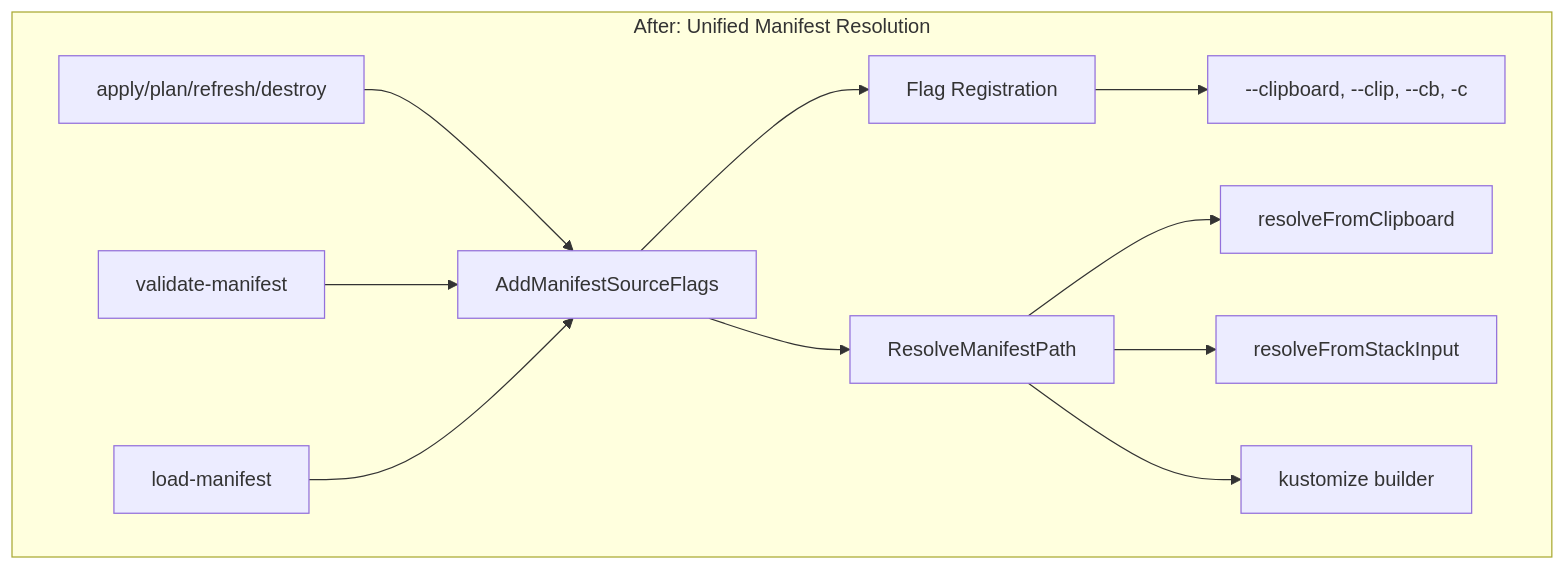
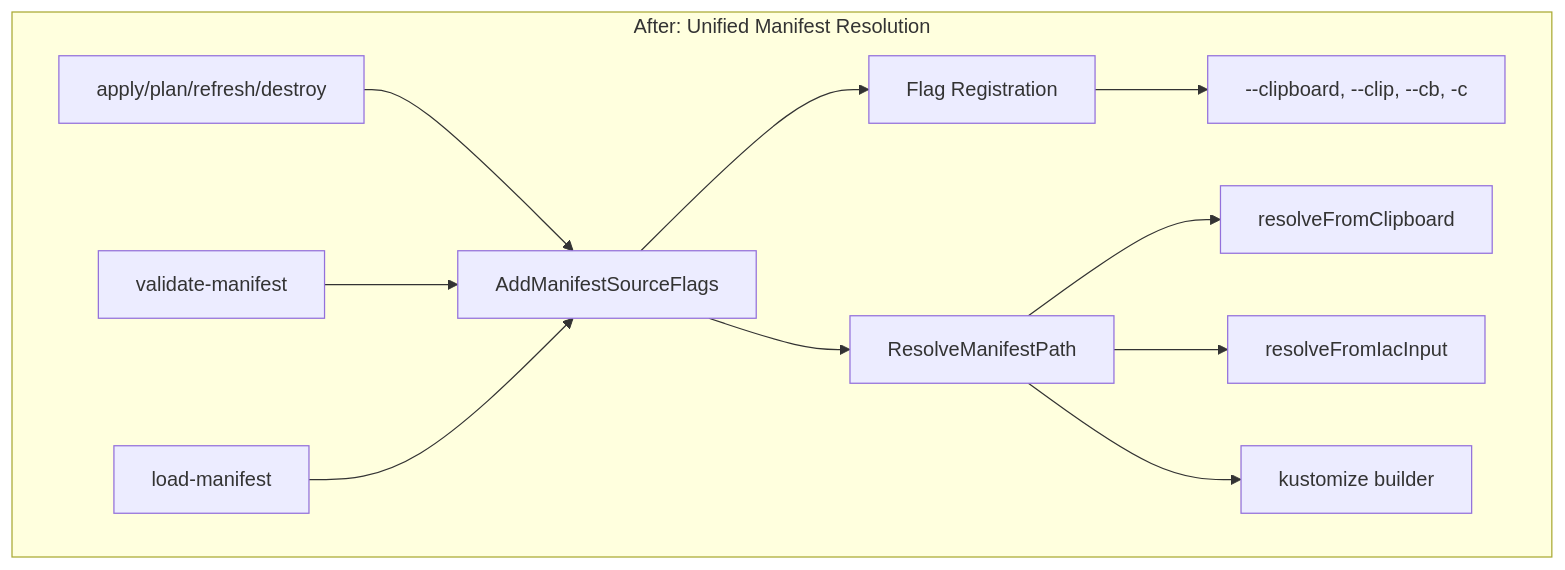
One commit to plantonhq/planton changed the second of 2 diagrams in _changelog/2026-01/2026-01-20-141010-clipboard-flag-extension-validate-load.md. Above: the diagram before and after it, drawn with Mermaid. The commit also changed 19058 other files, not shown here.

First line of the commit message:
refactor: one word per idea across the catalog -- catalog kinds and catalog objects, InfraComponent, InfraStack, InfraJob, IacInput and Outputs

````diff
--- a/_changelog/2026-01/2026-01-20-141010-clipboard-flag-extension-validate-load.md
+++ b/_changelog/2026-01/2026-01-20-141010-clipboard-flag-extension-validate-load.md
@@ -39,14 +39,14 @@
 ```mermaid
 flowchart TB
     subgraph AFTER["After: Unified Manifest Resolution"]
         A[apply/plan/refresh/destroy] --> M[AddManifestSourceFlags]
         V[validate-manifest] --> M
         L[load-manifest] --> M
         M --> F[Flag Registration]
         F --> C["--clipboard, --clip, --cb, -c"]
         M --> R[ResolveManifestPath]
         R --> CB[resolveFromClipboard]
-        R --> SI[resolveFromStackInput]
+        R --> SI[resolveFromIacInput]
         R --> K[kustomize builder]
     end
 ```
````
